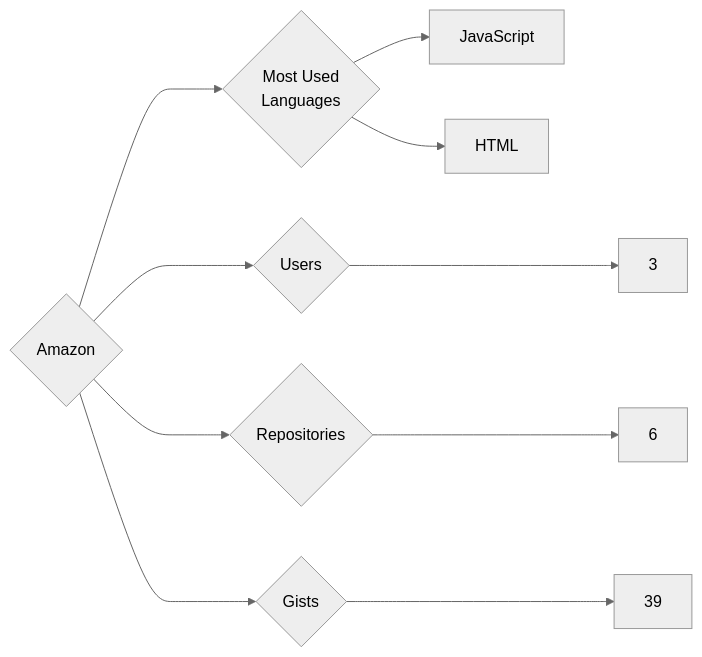
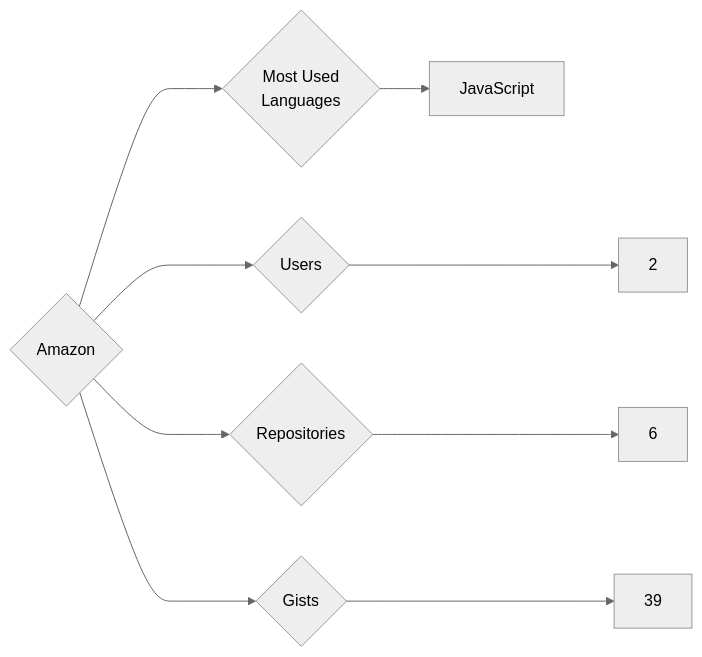
Before and after one commit to trickest/insiders: the diagram in targets/Amazon/README.md, drawn with Mermaid (neutral theme). The commit also changed 1088 other files, not shown here.

````diff
--- a/targets/Amazon/README.md
+++ b/targets/Amazon/README.md
@@ -3,10 +3,9 @@
 ```mermaid
 graph LR
 COMPANY_NAME{Amazon}
-COMPANY_NAME ---> U{Users} ---> UN[3]
+COMPANY_NAME ---> U{Users} ---> UN[2]
 COMPANY_NAME ---> R{Repositories} ---> RN[6]
 COMPANY_NAME ---> G{Gists} ---> GN[39]
 COMPANY_NAME ---> ML{Most Used<br>Languages}
 ML --> JavaScript[JavaScript]
-ML --> HTML[HTML]
 ```
````
